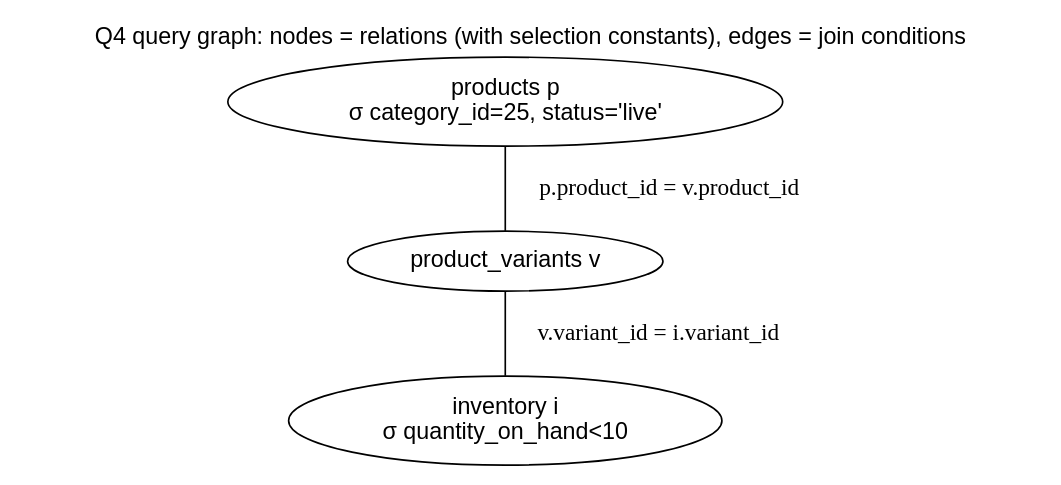
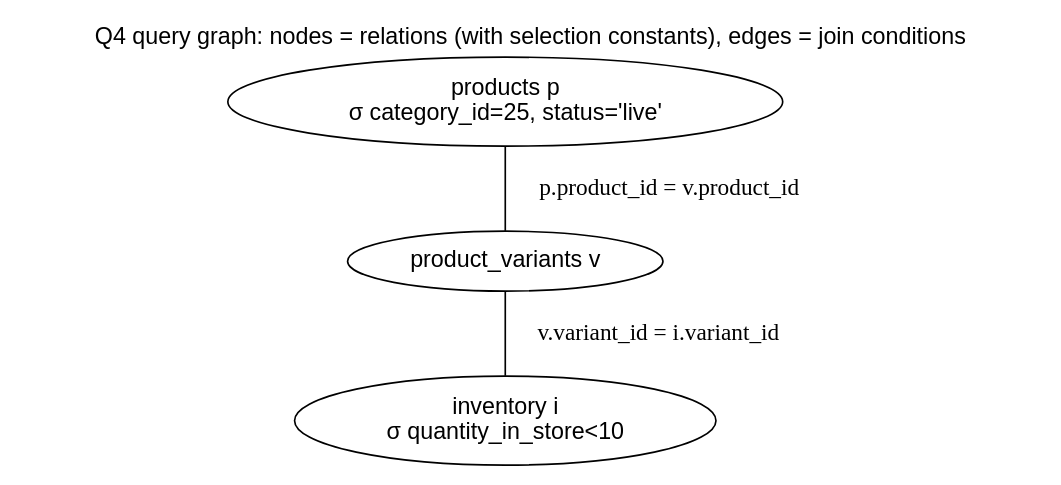
The diagram in portfolio-2-query-optimisation/docs/diagrams/q4_query_graph.dot (stellaose/advanced-database-systems-portfolio), drawn with Graphviz before and after one commit. The commit also changed 121 other files, not shown here.

```diff
--- a/portfolio-2-query-optimisation/docs/diagrams/q4_query_graph.dot
+++ b/portfolio-2-query-optimisation/docs/diagrams/q4_query_graph.dot
@@ -1,3 +1,3 @@
 graph G { node [shape=ellipse,fontname="Helvetica"]; fontname="Helvetica"; label="Q4 query graph: nodes = relations (with selection constants), edges = join conditions"; labelloc=t;
- p [label="products p\nσ category_id=25, status='live'"]; v [label="product_variants v"]; i [label="inventory i\nσ quantity_on_hand<10"];
+ p [label="products p\nσ category_id=25, status='live'"]; v [label="product_variants v"]; i [label="inventory i\nσ quantity_in_store<10"];
  p -- v [label="p.product_id = v.product_id"]; v -- i [label="v.variant_id = i.variant_id"]; }
```
